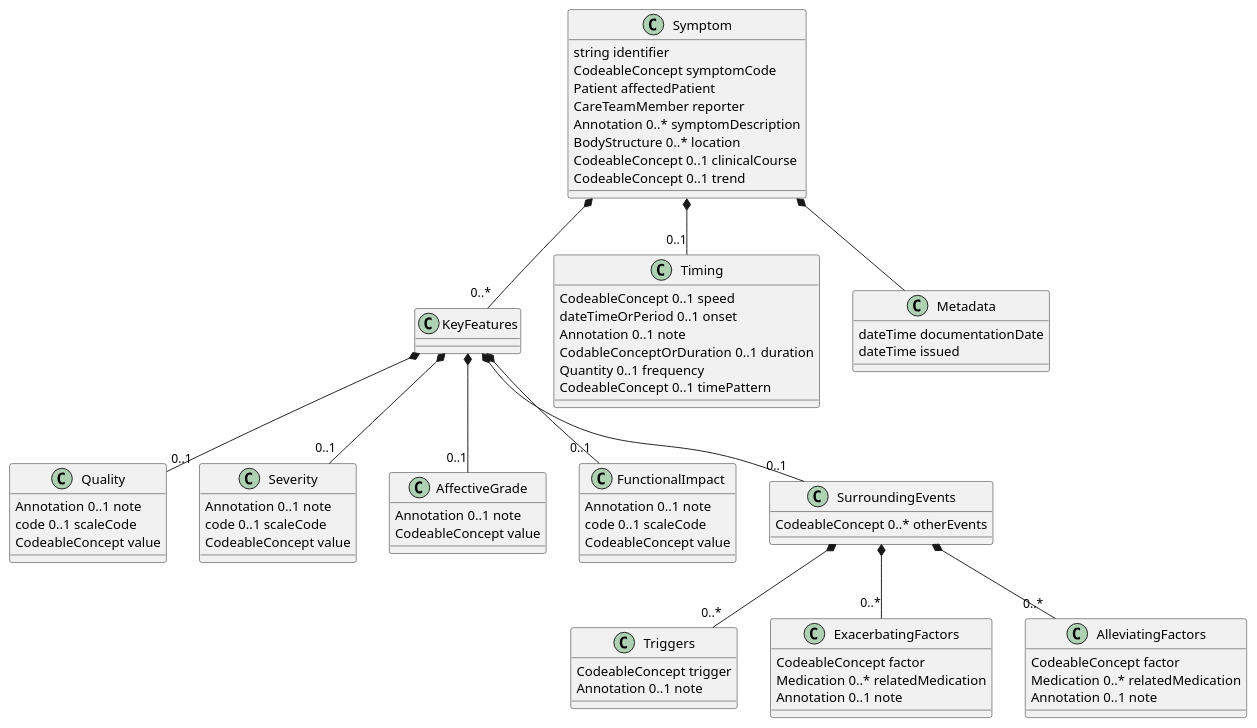
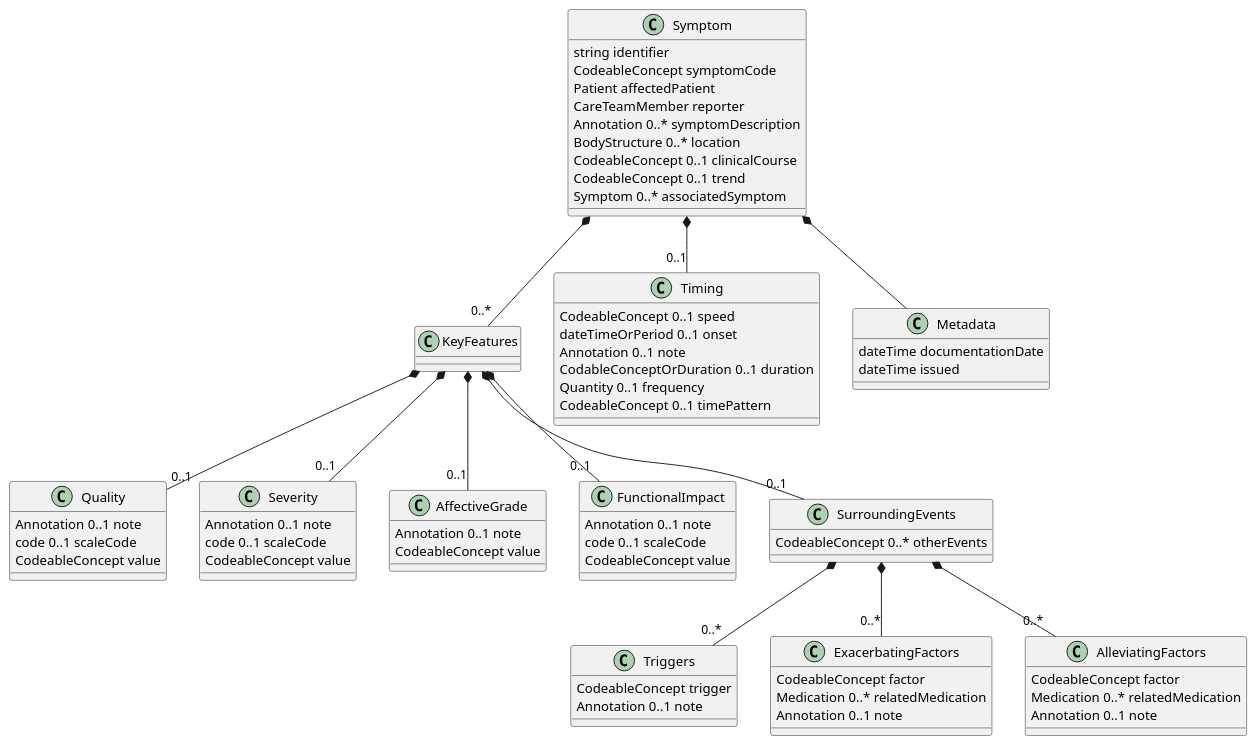
Before and after one commit to HL7/fhir-symptoms-ig: the diagram in input/images-source/SymptomLogicalModel.plantuml, drawn with PlantUML. The commit also changed 2 other files, not shown here.

Commit message:
Added associatedSymptom to model and resource

```diff
--- a/input/images-source/SymptomLogicalModel.plantuml
+++ b/input/images-source/SymptomLogicalModel.plantuml
@@ -1,76 +1,77 @@
 @startuml
 class Symptom {
   string identifier
   CodeableConcept symptomCode
   Patient affectedPatient
   CareTeamMember reporter
   Annotation 0..* symptomDescription
   BodyStructure 0..* location
   CodeableConcept 0..1 clinicalCourse
   CodeableConcept 0..1 trend
+  Symptom 0..* associatedSymptom
 }
 Symptom *-- "0..*" KeyFeatures
 class KeyFeatures {
 }
 KeyFeatures *-- "0..1" Quality
 class Quality {
   Annotation 0..1 note
   code 0..1 scaleCode
   CodeableConcept value
 }
 KeyFeatures *-- "0..1" Severity
 class Severity {
   Annotation 0..1 note
   code 0..1 scaleCode
   CodeableConcept value
 }
 KeyFeatures *-- "0..1" AffectiveGrade
 class AffectiveGrade {
   Annotation 0..1 note
   CodeableConcept value
 }
 KeyFeatures *-- "0..1" FunctionalImpact
 class FunctionalImpact {
   Annotation 0..1 note
   code 0..1 scaleCode
   CodeableConcept value
 }
 KeyFeatures *-- "0..1" SurroundingEvents
 class SurroundingEvents {
   CodeableConcept 0..* otherEvents
 }
 SurroundingEvents *-- "0..*" Triggers
 class Triggers {
   CodeableConcept trigger
   Annotation 0..1 note
 }
 SurroundingEvents *-- "0..*" ExacerbatingFactors
 class ExacerbatingFactors {
   CodeableConcept factor
   Medication 0..* relatedMedication
   Annotation 0..1 note
 }
 SurroundingEvents *-- "0..*" AlleviatingFactors
 class AlleviatingFactors {
   CodeableConcept factor
   Medication 0..* relatedMedication
   Annotation 0..1 note
 }
 
 Symptom *-- "0..1" Timing
 class Timing {
   CodeableConcept 0..1 speed
   dateTimeOrPeriod 0..1 onset
   Annotation 0..1 note
   CodableConceptOrDuration 0..1 duration
   Quantity 0..1 frequency
   CodeableConcept 0..1 timePattern
 }
 
 Symptom *-- Metadata
 class Metadata {
 dateTime documentationDate
 dateTime issued
 }
 
 @enduml
```
